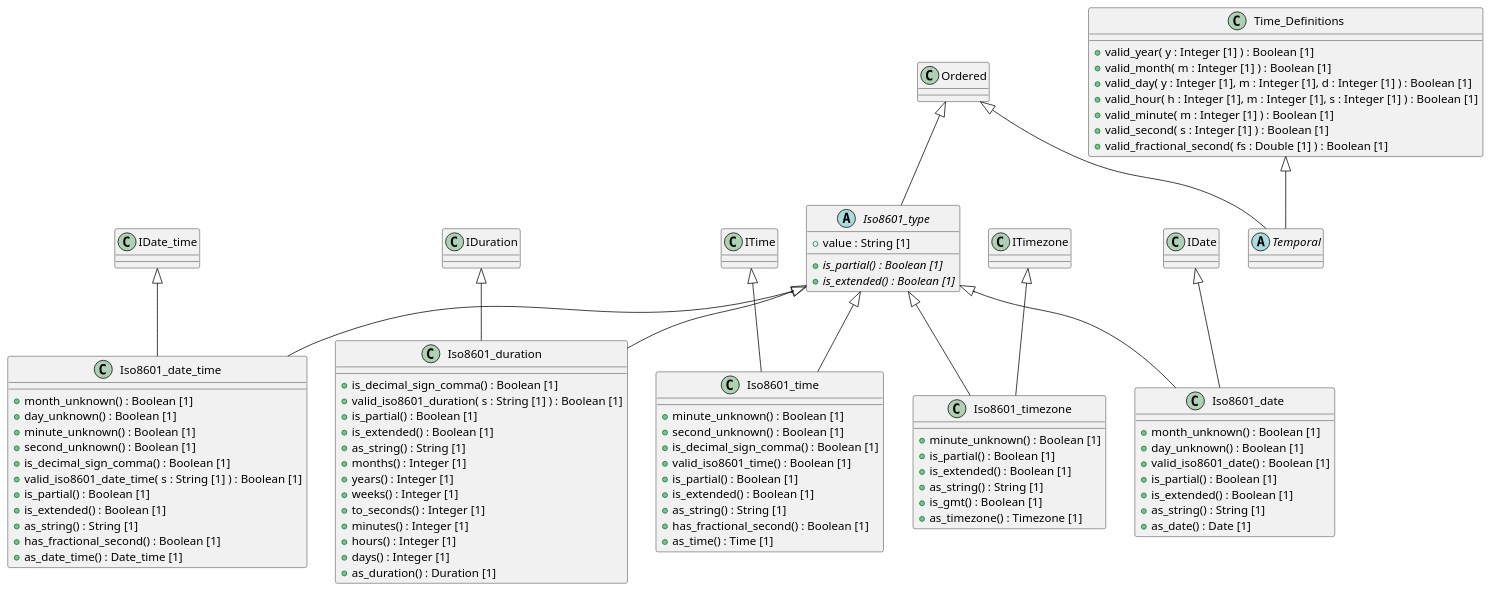
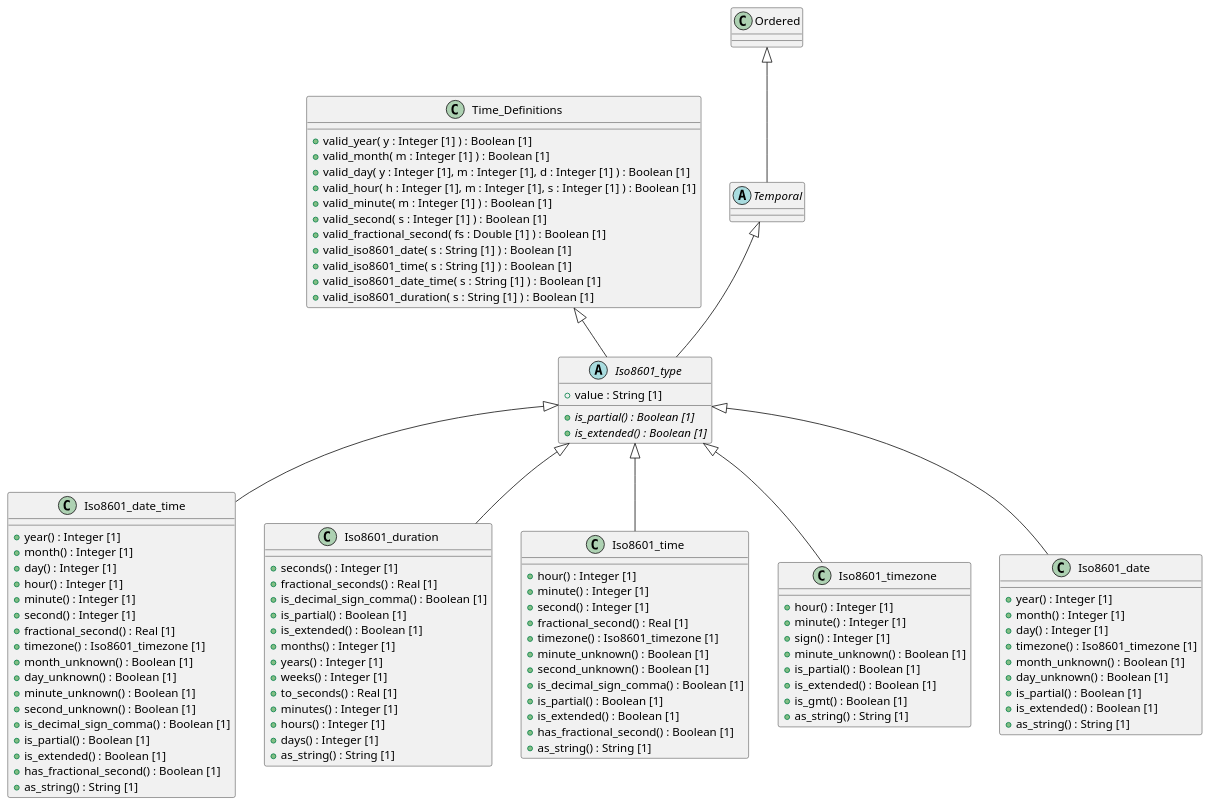
One commit to sebastian-iancu/code-generator changed the diagram in code/Adoc/openehr_base_1.1.0/plantUML/packages/org.openehr.base.foundation_types.time.adoc. Above: the diagram before and after it, drawn with PlantUML. The commit also changed 719 other files, not shown here.

```diff
--- a/code/Adoc/openehr_base_1.1.0/plantUML/packages/org.openehr.base.foundation_types.time.adoc
+++ b/code/Adoc/openehr_base_1.1.0/plantUML/packages/org.openehr.base.foundation_types.time.adoc
@@ -3,54 +3,65 @@
 @startuml
 
 class Iso8601_date_time {
+  + year() : Integer [1]
+  + month() : Integer [1]
+  + day() : Integer [1]
+  + hour() : Integer [1]
+  + minute() : Integer [1]
+  + second() : Integer [1]
+  + fractional_second() : Real [1]
+  + timezone() : Iso8601_timezone [1]
   + month_unknown() : Boolean [1]
   + day_unknown() : Boolean [1]
   + minute_unknown() : Boolean [1]
   + second_unknown() : Boolean [1]
   + is_decimal_sign_comma() : Boolean [1]
-  + valid_iso8601_date_time( s : String [1] ) : Boolean [1]
   + is_partial() : Boolean [1]
   + is_extended() : Boolean [1]
+  + has_fractional_second() : Boolean [1]
   + as_string() : String [1]
-  + has_fractional_second() : Boolean [1]
-  + as_date_time() : Date_time [1]
 }
 
 class Iso8601_duration {
+  + seconds() : Integer [1]
+  + fractional_seconds() : Real [1]
   + is_decimal_sign_comma() : Boolean [1]
-  + valid_iso8601_duration( s : String [1] ) : Boolean [1]
   + is_partial() : Boolean [1]
   + is_extended() : Boolean [1]
-  + as_string() : String [1]
   + months() : Integer [1]
   + years() : Integer [1]
   + weeks() : Integer [1]
-  + to_seconds() : Integer [1]
+  + to_seconds() : Real [1]
   + minutes() : Integer [1]
   + hours() : Integer [1]
   + days() : Integer [1]
-  + as_duration() : Duration [1]
+  + as_string() : String [1]
 }
 
 class Iso8601_time {
+  + hour() : Integer [1]
+  + minute() : Integer [1]
+  + second() : Integer [1]
+  + fractional_second() : Real [1]
+  + timezone() : Iso8601_timezone [1]
   + minute_unknown() : Boolean [1]
   + second_unknown() : Boolean [1]
   + is_decimal_sign_comma() : Boolean [1]
-  + valid_iso8601_time() : Boolean [1]
   + is_partial() : Boolean [1]
   + is_extended() : Boolean [1]
+  + has_fractional_second() : Boolean [1]
   + as_string() : String [1]
-  + has_fractional_second() : Boolean [1]
-  + as_time() : Time [1]
 }
 
 class Iso8601_timezone {
+  + hour() : Integer [1]
+  + minute() : Integer [1]
+  + sign() : Integer [1]
   + minute_unknown() : Boolean [1]
   + is_partial() : Boolean [1]
   + is_extended() : Boolean [1]
+  + is_gmt() : Boolean [1]
   + as_string() : String [1]
-  + is_gmt() : Boolean [1]
-  + as_timezone() : Timezone [1]
 }
 
 abstract class Iso8601_type {
@@ -60,13 +71,15 @@
 }
 
 class Iso8601_date {
+  + year() : Integer [1]
+  + month() : Integer [1]
+  + day() : Integer [1]
+  + timezone() : Iso8601_timezone [1]
   + month_unknown() : Boolean [1]
   + day_unknown() : Boolean [1]
-  + valid_iso8601_date() : Boolean [1]
   + is_partial() : Boolean [1]
   + is_extended() : Boolean [1]
   + as_string() : String [1]
-  + as_date() : Date [1]
 }
 
 class Time_Definitions {
@@ -77,24 +90,23 @@
   + valid_minute( m : Integer [1] ) : Boolean [1]
   + valid_second( s : Integer [1] ) : Boolean [1]
   + valid_fractional_second( fs : Double [1] ) : Boolean [1]
+  + valid_iso8601_date( s : String [1] ) : Boolean [1]
+  + valid_iso8601_time( s : String [1] ) : Boolean [1]
+  + valid_iso8601_date_time( s : String [1] ) : Boolean [1]
+  + valid_iso8601_duration( s : String [1] ) : Boolean [1]
 }
 
 abstract class Temporal {
 }
 
 Iso8601_type <|-- Iso8601_date_time
-IDate_time <|-- Iso8601_date_time
 Iso8601_type <|-- Iso8601_duration
-IDuration <|-- Iso8601_duration
 Iso8601_type <|-- Iso8601_time
-ITime <|-- Iso8601_time
 Iso8601_type <|-- Iso8601_timezone
-ITimezone <|-- Iso8601_timezone
-Ordered <|-- Iso8601_type
+Temporal <|-- Iso8601_type
+Time_Definitions <|-- Iso8601_type
 Iso8601_type <|-- Iso8601_date
-IDate <|-- Iso8601_date
 Ordered <|-- Temporal
-Time_Definitions <|-- Temporal
 
 @enduml
 -----
```
